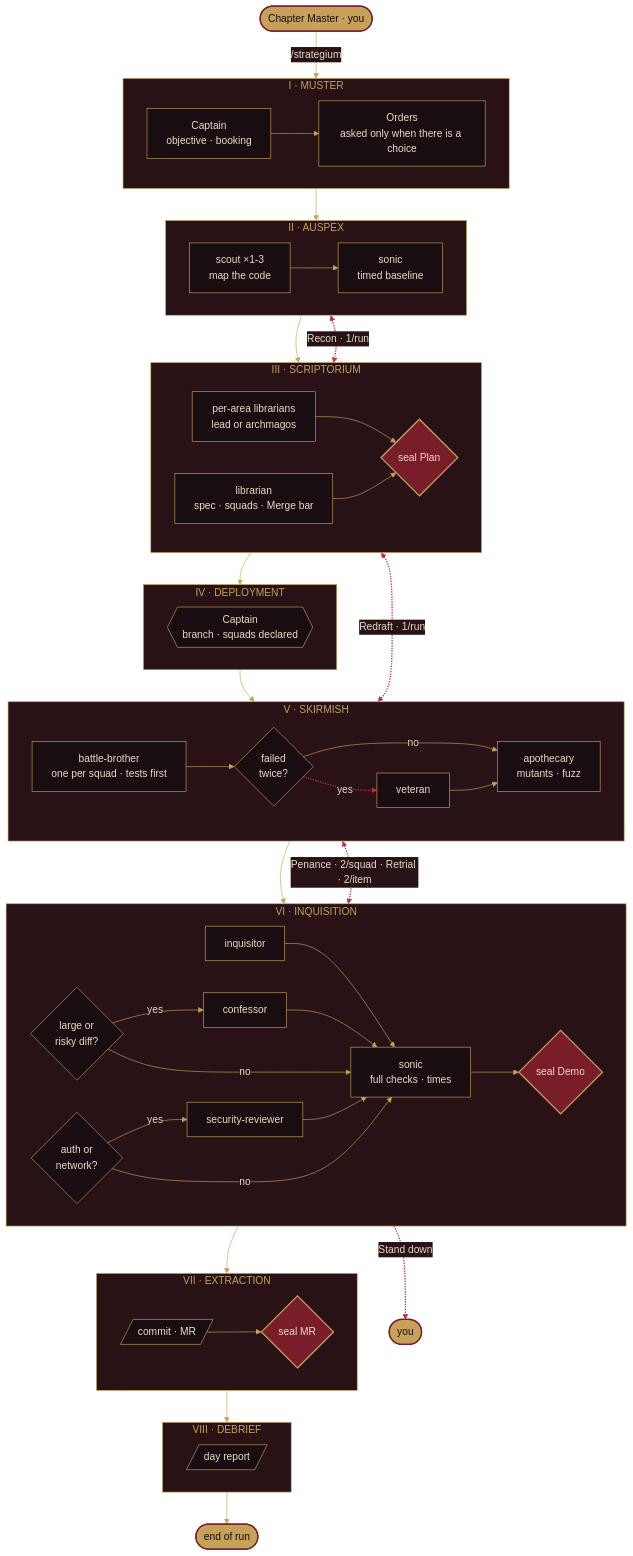
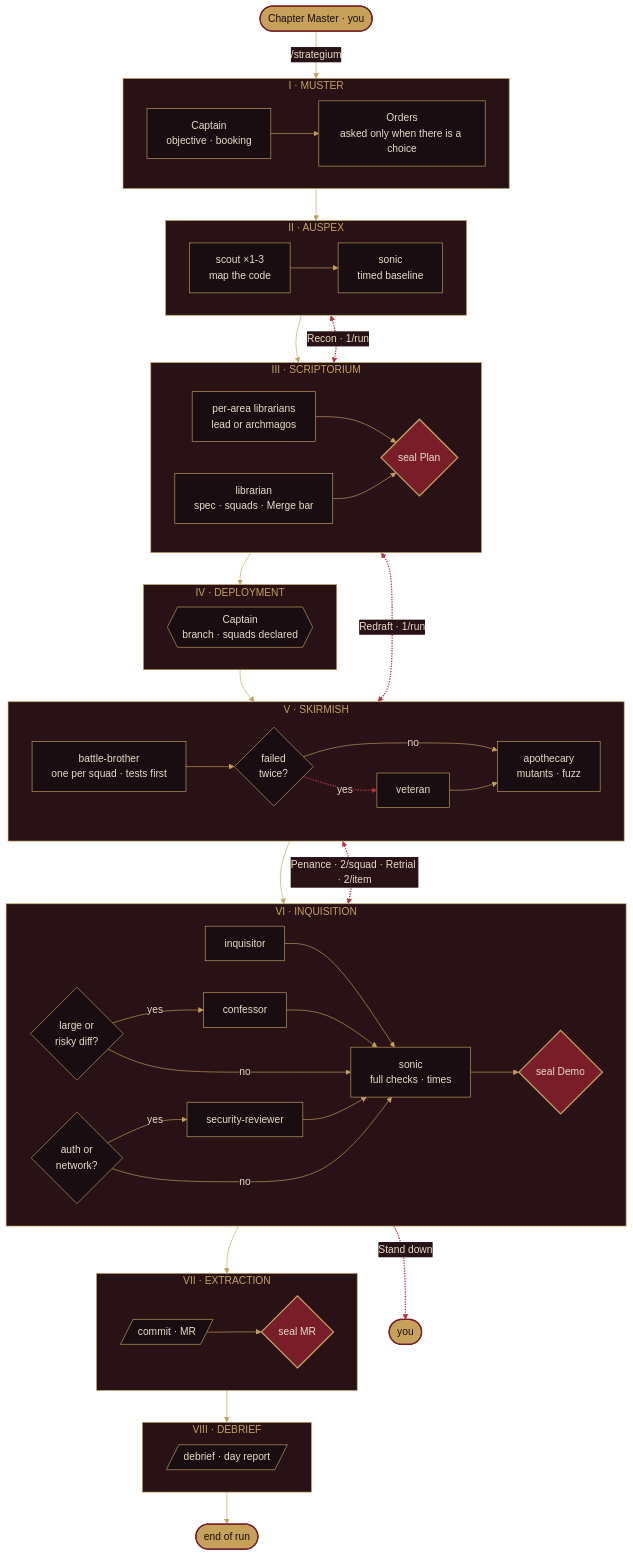
Before and after one commit to frandev94/strategium: the diagram in README.md, drawn with Mermaid. The commit also changed other lines of this file and 2 other files, not shown here.

First line of the commit message:
docs(cockpit): describe the Debrief report

````diff
--- a/README.md
+++ b/README.md
@@ -46,66 +46,66 @@
 ```mermaid
 %%{init: {"theme": "base", "themeVariables": {"lineColor": "#C5A15A", "edgeLabelBackground": "#281216", "textColor": "#E8DDC5", "fontFamily": "Georgia, serif"}}}%%
 flowchart TB
   U(["Chapter Master · you"]) -->|"/strategium"| muster
 
   subgraph muster["I · MUSTER"]
     direction LR
     M["Captain<br/>objective · booking"] --> S0["Orders<br/>asked only when there is a choice"]
   end
   subgraph auspex["II · AUSPEX"]
     direction LR
     A1["scout ×1-3<br/>map the code"] --> A2["sonic<br/>timed baseline"]
   end
   subgraph scriptorium["III · SCRIPTORIUM"]
     direction LR
     L2["per-area librarians<br/>lead or archmagos"] --> SP{"seal Plan"}
     L1["librarian<br/>spec · squads · Merge bar"] --> SP
   end
   subgraph deployment["IV · DEPLOYMENT"]
     direction LR
     D{{"Captain<br/>branch · squads declared"}}
   end
   subgraph skirmish["V · SKIRMISH"]
     direction LR
     B1["battle-brother<br/>one per squad · tests first"] --> BF{"failed<br/>twice?"}
     BF -->|"no"| B3["apothecary<br/>mutants · fuzz"]
     BF -.->|"yes"| B2["veteran"] --> B3
   end
   subgraph inquisition["VI · INQUISITION"]
     direction LR
     Q1["inquisitor"] --> Q4["sonic<br/>full checks · times"]
     QF{"large or<br/>risky diff?"} -->|"yes"| Q2["confessor"] --> Q4
     QF -->|"no"| Q4
     QS{"auth or<br/>network?"} -->|"yes"| Q3["security-reviewer"] --> Q4
     QS -->|"no"| Q4
     Q4 --> SU{"seal Demo"}
   end
   subgraph extraction["VII · EXTRACTION"]
     direction LR
     X[/"commit · MR"/] --> SM{"seal MR"}
   end
   subgraph debrief["VIII · DEBRIEF"]
     direction LR
-    F[/"day report"/]
+    F[/"debrief · day report"/]
   end
 
   muster --> auspex --> scriptorium --> deployment --> skirmish --> inquisition --> extraction --> debrief --> E(["end of run"])
 
   auspex <-.->|"Recon · 1/run"| scriptorium
   scriptorium <-.->|"Redraft · 1/run"| skirmish
   skirmish <-.->|"Penance · 2/squad · Retrial · 2/item"| inquisition
   inquisition -.->|"Stand down"| Y(["you"])
 
   classDef agent fill:#180D10,stroke:#C5A15A,color:#E8DDC5
   classDef seal fill:#791E29,stroke:#C5A15A,stroke-width:2px,color:#E8DDC5
   classDef you fill:#C5A15A,stroke:#791E29,stroke-width:2px,color:#180D10
   classDef station fill:#281216,stroke:#C5A15A,color:#C5A15A
   class M,S0,A1,A2,L1,L2,D,B1,B2,B3,Q1,Q2,Q3,Q4,X,F agent
   class SP,SU,SM seal
   class BF,QF,QS agent
   class U,E,Y you
   class muster,auspex,scriptorium,deployment,skirmish,inquisition,extraction,debrief station
   linkStyle 0 stroke:#C5A15A,color:#E8DDC5
   linkStyle 6,10,12,13,15 color:#E8DDC5
   linkStyle 7,26,27,28,29 stroke:#B8323F,stroke-width:2px,color:#E8DDC5
 ```
````
